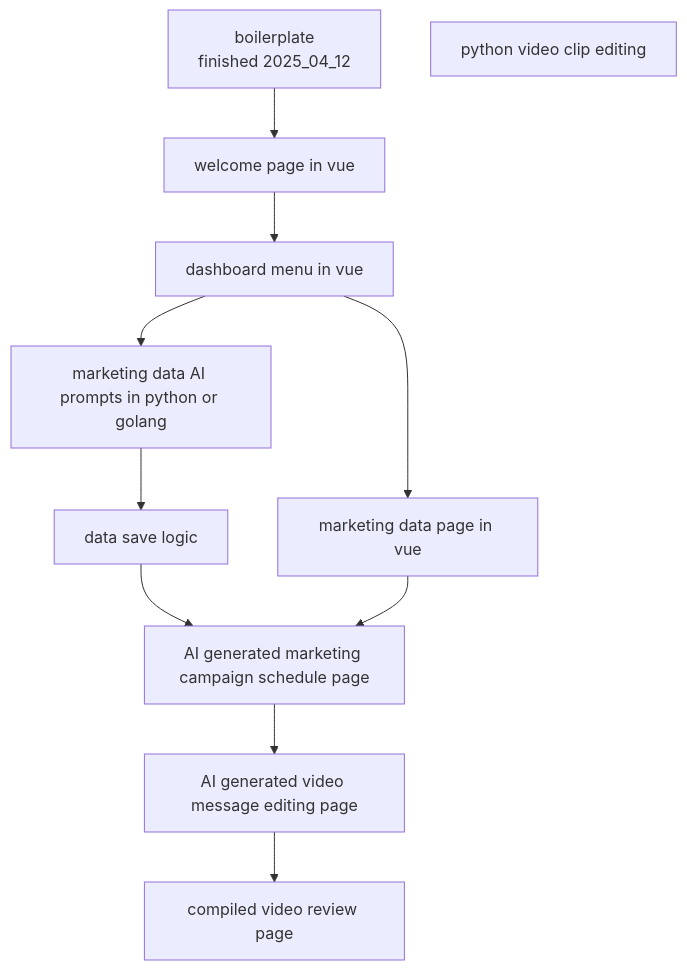
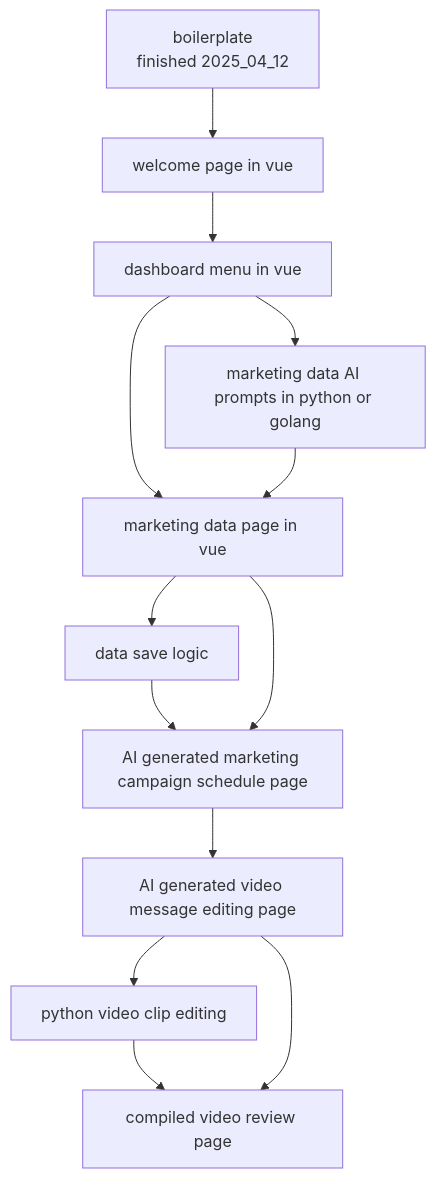
The diagram in Internal_Documentation/design/20250417_project_growth_plan.md (joncherry/sideralis), drawn with Mermaid before and after one commit.

Commit message:
add mermaid chart for project planning

````diff
--- a/Internal_Documentation/design/20250417_project_growth_plan.md
+++ b/Internal_Documentation/design/20250417_project_growth_plan.md
@@ -1,24 +1,27 @@
 ```mermaid
 flowchart TD
     id1["`boilerplate
     finished 2025_04_12`"]
     id2["`welcome page in vue`"]
     A[dashboard menu in vue]
     id3["`marketing data AI prompts in python or golang`"]
     id4["`data save logic`"]
     id5["`python video clip editing`"]
     id6["`marketing data page in vue`"]
     id7["`AI generated marketing campaign schedule page`"]
     id8["`AI generated video message editing page`"]
     id9["`compiled video review page`"]
     id1 --> id2
     id2 --> A
     A --> id3
     A --> id6
-    id3 --> id4
+    id3 --> id6
+    id6 --> id4
     id4 --> id7
     id6 --> id7
     id7 --> id8
+    id8 --> id5
+    id5 --> id9
     id8 --> id9
 
 ```
````
